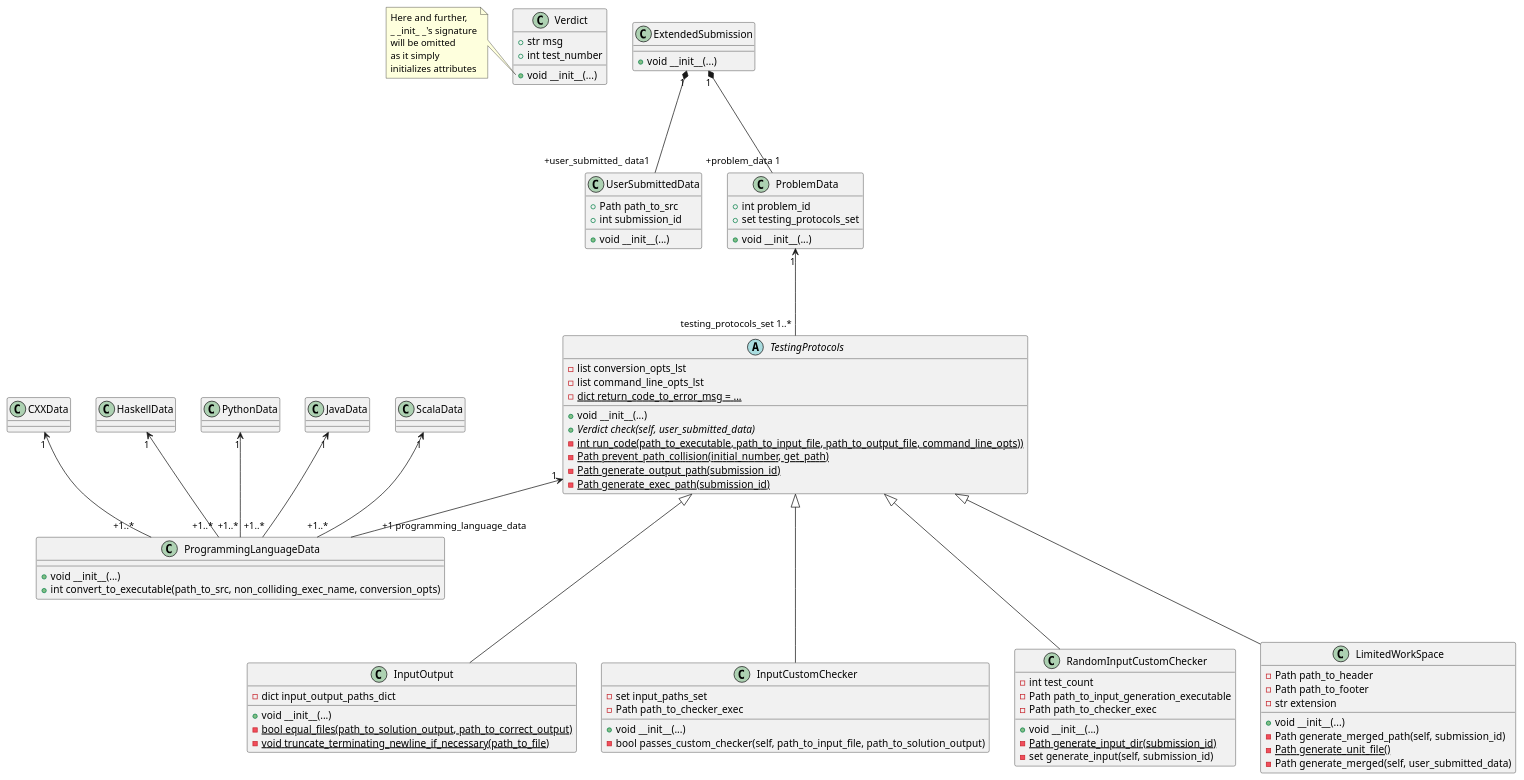
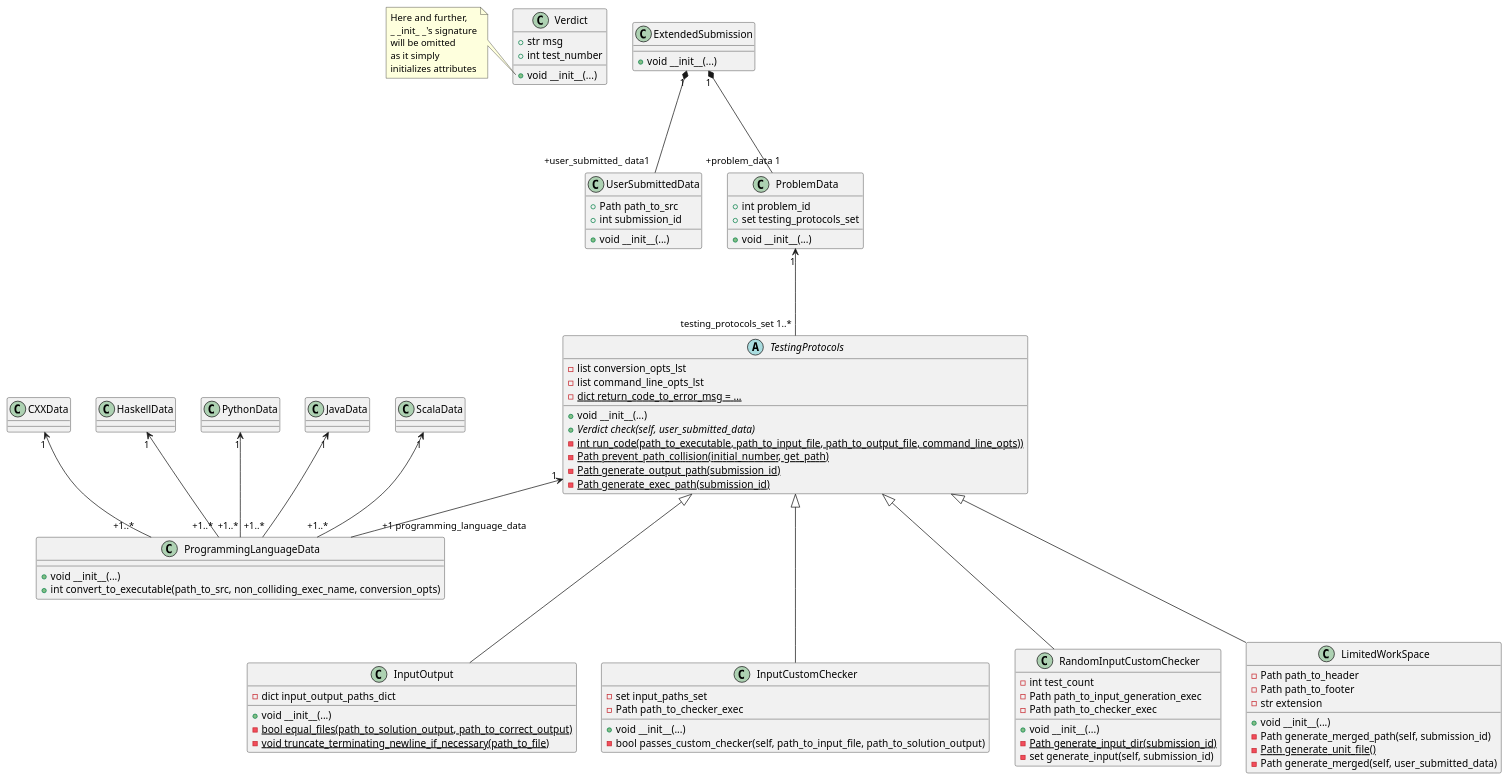
One commit to IgorZhiltsoff/TPy_project changed the diagram in TestingSystem/TestingProtocols/testing_protocols_class_diagram.puml. Above: the diagram before and after it, drawn with PlantUML. The commit also changed 17 other files, not shown here.

```diff
--- a/TestingSystem/TestingProtocols/testing_protocols_class_diagram.puml
+++ b/TestingSystem/TestingProtocols/testing_protocols_class_diagram.puml
@@ -1,135 +1,135 @@
 @startuml
 'https://plantuml.com/class-diagram
 
 ' ============================ AUX ============================
 
 class Verdict {
     +str msg
     +int test_number
 
     +void __init__(...)
 }
 note left of Verdict::__init__
 Here and further,
 _ _init_ _'s signature
 will be omitted
 as it simply
 initializes attributes
 end note
 
 
 class UserSubmittedData {
     +Path path_to_src
     +int submission_id
 
     +void __init__(...)
 }
 
 
 class ProgrammingLanguageData {
         +void __init__(...)
         +int convert_to_executable(path_to_src, non_colliding_exec_name, conversion_opts)
 }
 
 class CXXData
 
 CXXData "1" <-- "+1..*" ProgrammingLanguageData
 
 class HaskellData
 
 HaskellData "1" <-- "+1..*" ProgrammingLanguageData
 
 class PythonData
 
 PythonData "1" <-- "+1..*" ProgrammingLanguageData
 
 class JavaData
 
 JavaData "1" <-- "+1..*" ProgrammingLanguageData
 
 class ScalaData
 
 ScalaData "1" <-- "+1..*" ProgrammingLanguageData
 
 ' ========================== PROTOCOLS =========================
 
 abstract class TestingProtocols {
     -list conversion_opts_lst
     -list command_line_opts_lst
     -{static} dict return_code_to_error_msg = ...
 
     +void __init__(...)
     +{abstract} Verdict check(self, user_submitted_data)
     -{static} int run_code(path_to_executable, path_to_input_file, path_to_output_file, command_line_opts))
     -{static} Path prevent_path_collision(initial_number, get_path)
     -{static} Path generate_output_path(submission_id)
     -{static} Path generate_exec_path(submission_id)
 }
 
 TestingProtocols "1" <-- "+1 programming_language_data" ProgrammingLanguageData
 
 class InputOutput {
     -dict input_output_paths_dict
 
     +void __init__(...)
     -{static} bool equal_files(path_to_solution_output, path_to_correct_output)
     -{static} void truncate_terminating_newline_if_necessary(path_to_file)
 }
 
 class InputCustomChecker {
     -set input_paths_set
     -Path path_to_checker_exec
 
     +void __init__(...)
     -bool passes_custom_checker(self, path_to_input_file, path_to_solution_output)
 }
 
 class RandomInputCustomChecker {
     -int test_count
-    -Path path_to_input_generation_executable
+    -Path path_to_input_generation_exec
     -Path path_to_checker_exec
 
 
     +void __init__(...)
     -{static} Path generate_input_dir(submission_id)
     -set generate_input(self, submission_id)
 }
 
 class LimitedWorkSpace {
     -Path path_to_header
     -Path path_to_footer
     -str extension
 
     +void __init__(...)
     -Path generate_merged_path(self, submission_id)
     -{static} Path generate_unit_file()
     -Path generate_merged(self, user_submitted_data)
 }
 
 
 TestingProtocols <|--- InputCustomChecker
 TestingProtocols <|--- RandomInputCustomChecker
 TestingProtocols <|--- LimitedWorkSpace
 TestingProtocols <|--- InputOutput
 
 
 ' ============================ AUX ============================
 
 class ProblemData {
     +int problem_id
     +set testing_protocols_set
 
     +void __init__(...)
 }
 
 ProblemData "1" <--- "testing_protocols_set 1..*" TestingProtocols
 
 
 class ExtendedSubmission {
     +void __init__(...)
 }
 
 ExtendedSubmission "1" *--- "+problem_data 1" ProblemData
 ExtendedSubmission "1" *--- "+user_submitted_ data1" UserSubmittedData
 
 @enduml
```
